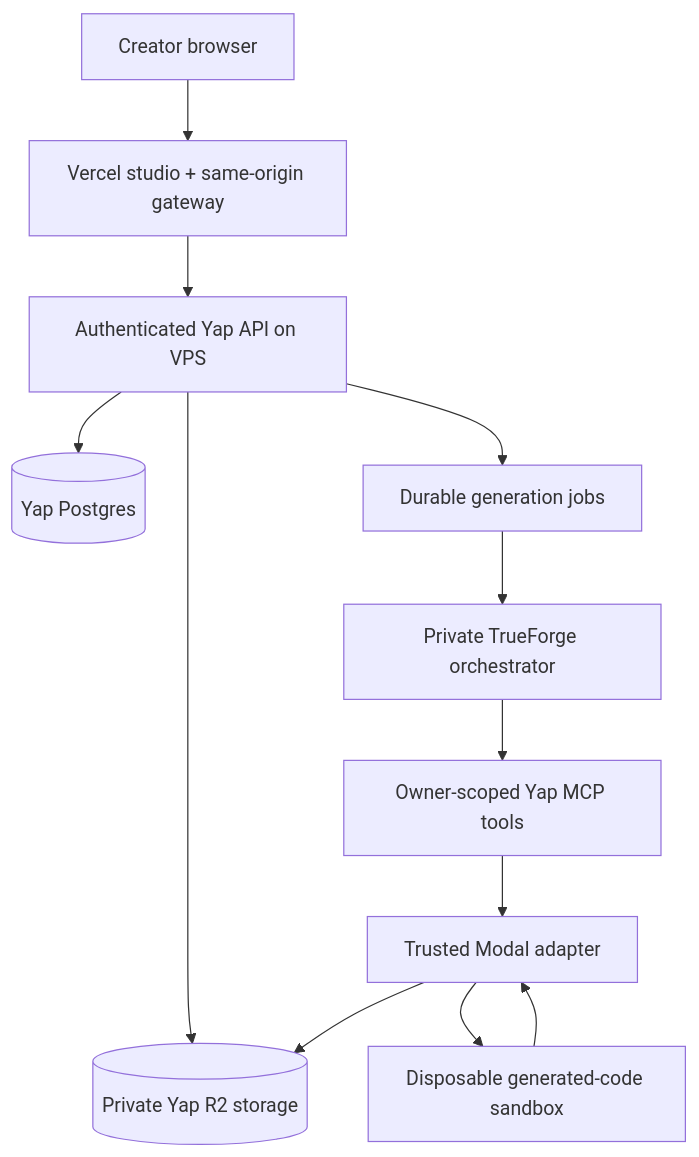
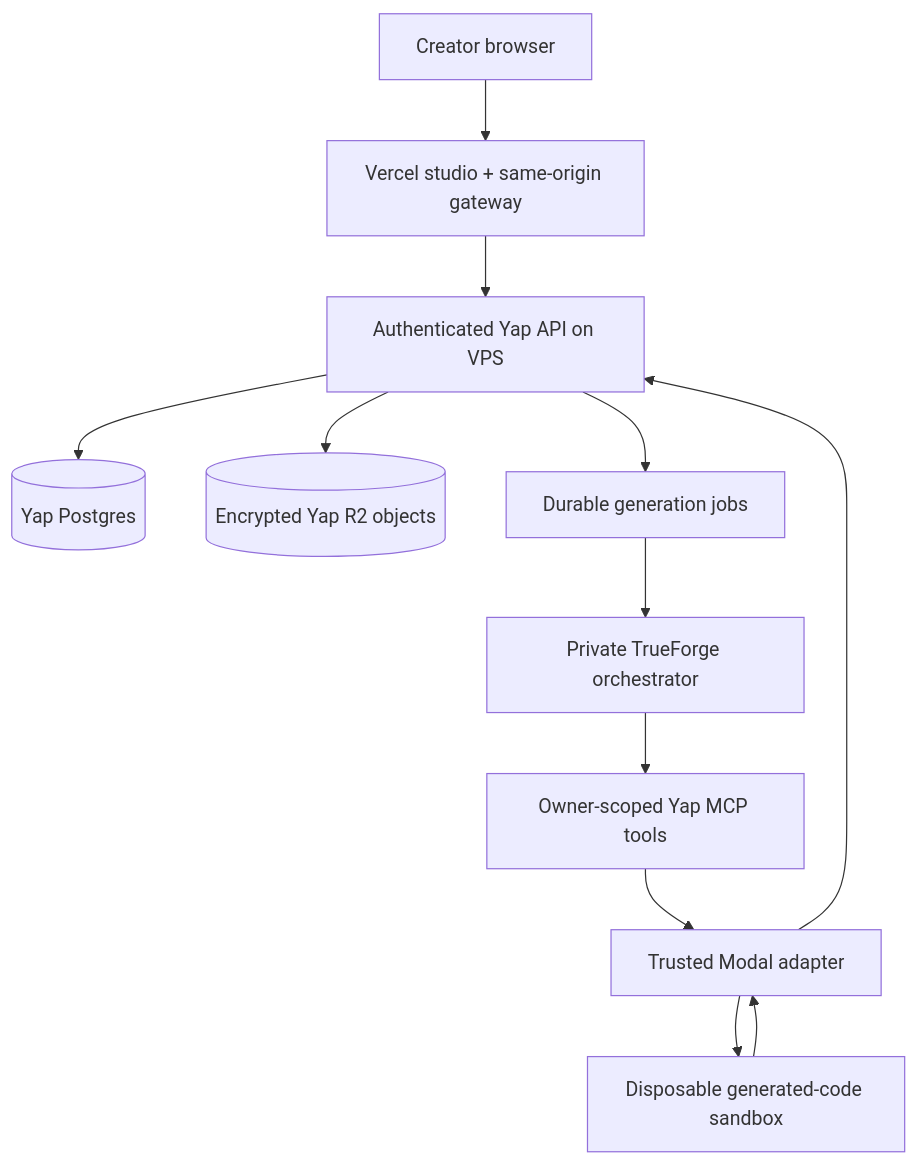
The second of 2 diagrams in README.md (sanjuhs/educative-yap-trueforge-polaris-hack), drawn with Mermaid before and after one commit. The commit also changed other lines of this file and 3 other files, not shown here.

````diff
--- a/README.md
+++ b/README.md
@@ -113,14 +113,14 @@
 ```mermaid
 flowchart TB
   U[Creator browser] --> W[Vercel studio + same-origin gateway]
   W --> API[Authenticated Yap API on VPS]
   API --> DB[(Yap Postgres)]
-  API --> R2[(Private Yap R2 storage)]
+  API --> R2[(Encrypted Yap R2 objects)]
   API --> Q[Durable generation jobs]
   Q --> TF[Private TrueForge orchestrator]
   TF --> MCP[Owner-scoped Yap MCP tools]
   MCP --> MW[Trusted Modal adapter]
   MW --> SB[Disposable generated-code sandbox]
   SB --> MW
-  MW --> R2
+  MW --> API
 ```
````
